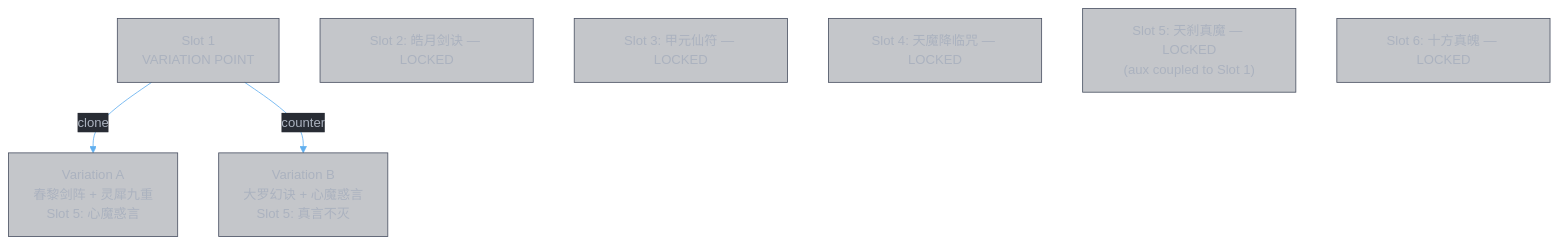
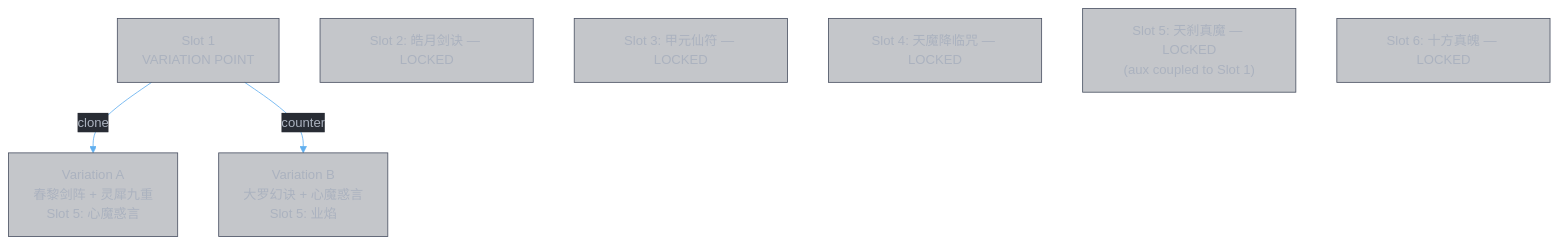
Before and after one commit to zhifengzhang-sz/divine-book: the diagram in docs/books/pvp.so.4.md, drawn with Mermaid. The commit also changed other lines of this file and 8 other files, not shown here.

````diff
--- a/docs/books/pvp.so.4.md
+++ b/docs/books/pvp.so.4.md
@@ -258,13 +258,13 @@
 ```mermaid
 %%{init: {'theme': 'base', 'themeVariables': {'primaryColor': '#3e44514D', 'primaryTextColor': '#abb2bf', 'primaryBorderColor': '#4b5263', 'lineColor': '#61afef', 'secondaryColor': '#2c313a4D', 'secondaryTextColor': '#abb2bf', 'secondaryBorderColor': '#4b5263', 'tertiaryColor': '#282c344D', 'mainBkg': '#3e44514D', 'nodeBorder': '#4b5263', 'clusterBkg': '#2c313a4D', 'clusterBorder': '#4b5263', 'titleColor': '#e5c07b', 'edgeLabelBackground': '#282c34', 'textColor': '#abb2bf', 'background': '#282c34'}}}%%
 flowchart TD
     S1["Slot 1<br/>VARIATION POINT"]
     S1 -->|"clone"| VA["Variation A<br/>春黎剑阵 + 灵犀九重<br/>Slot 5: 心魔惑言"]
-    S1 -->|"counter"| VB["Variation B<br/>大罗幻诀 + 心魔惑言<br/>Slot 5: 真言不灭"]
+    S1 -->|"counter"| VB["Variation B<br/>大罗幻诀 + 心魔惑言<br/>Slot 5: 业焰"]
 
     S2["Slot 2: 皓月剑诀 — LOCKED"]
     S3["Slot 3: 甲元仙符 — LOCKED"]
     S4["Slot 4: 天魔降临咒 — LOCKED"]
     S5["Slot 5: 天刹真魔 — LOCKED<br/>(aux coupled to Slot 1)"]
     S6["Slot 6: 十方真魄 — LOCKED"]
 ```
````
